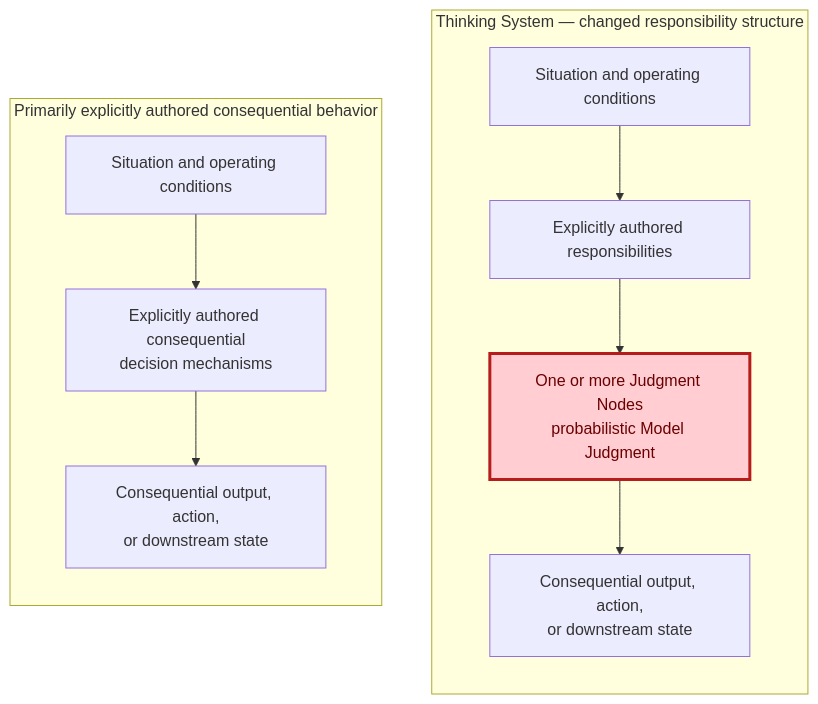
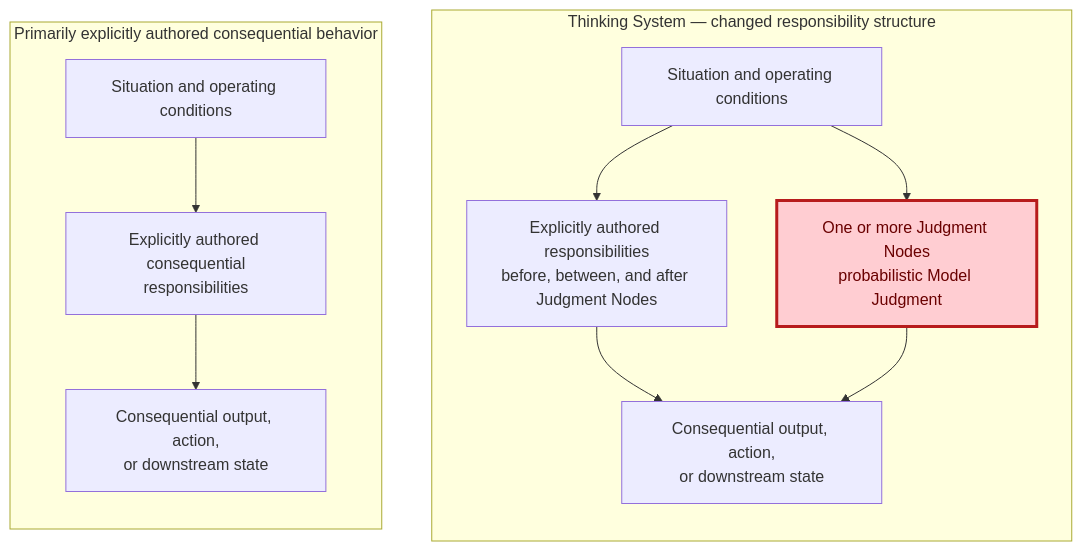
One commit to UncertaintyArchitectureGroup/uncertainty-architecture changed the third of 14 diagrams in content/research/notes/open-engineering-specification-article-draft.md. Above: the diagram before and after it, drawn with Mermaid. The commit also changed other lines of this file, not shown here.

Commit message:
docs(research): reconcile Section 2 with doctrine and figure contract

````diff
--- a/content/research/notes/open-engineering-specification-article-draft.md
+++ b/content/research/notes/open-engineering-specification-article-draft.md
@@ -201,24 +201,25 @@
 ```mermaid
 flowchart LR
     subgraph A["Primarily explicitly authored consequential behavior"]
         direction TB
         A1["Situation and operating conditions"]
-        A2["Explicitly authored consequential<br/>decision mechanisms"]
+        A2["Explicitly authored consequential<br/>responsibilities"]
         A3["Consequential output, action,<br/>or downstream state"]
         A1 --> A2 --> A3
     end
 
     subgraph B["Thinking System — changed responsibility structure"]
         direction TB
         B1["Situation and operating conditions"]
-        B2["Explicitly authored responsibilities"]
+        B2["Explicitly authored responsibilities<br/>before, between, and after Judgment Nodes"]
         J1["One or more Judgment Nodes<br/>probabilistic Model Judgment"]
         B3["Consequential output, action,<br/>or downstream state"]
-        B1 --> B2 --> J1 --> B3
+        B1 --> B2 --> B3
+        B1 --> J1 --> B3
     end
 
     A2 ~~~ J1
 
     classDef judgment fill:#ffcdd2,stroke:#b71c1c,stroke-width:3px,color:#6a0000;
     class J1 judgment;
 ```
````
